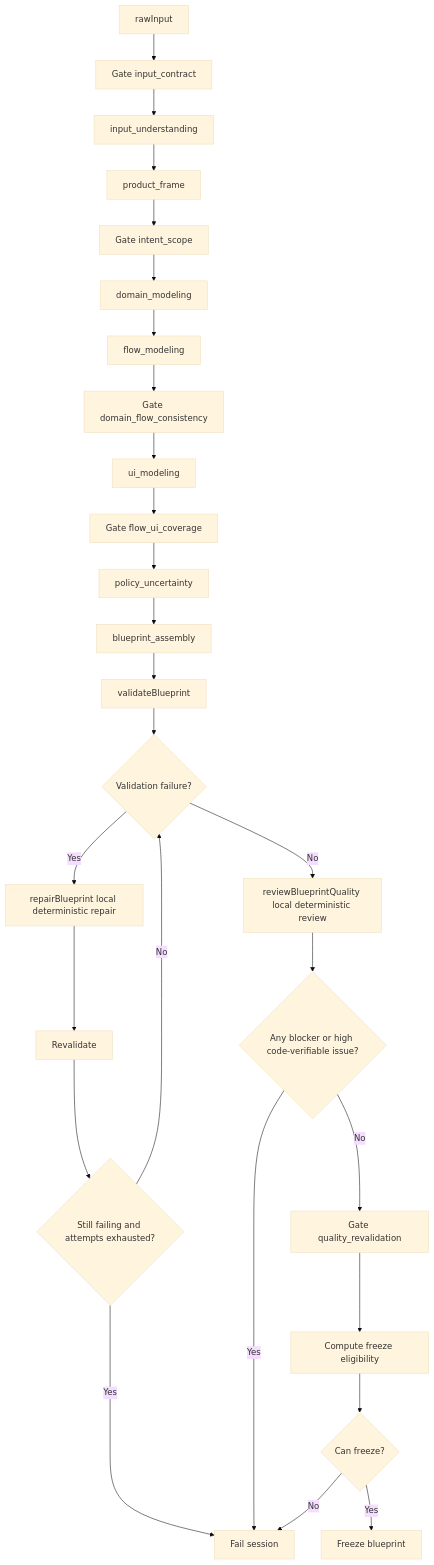
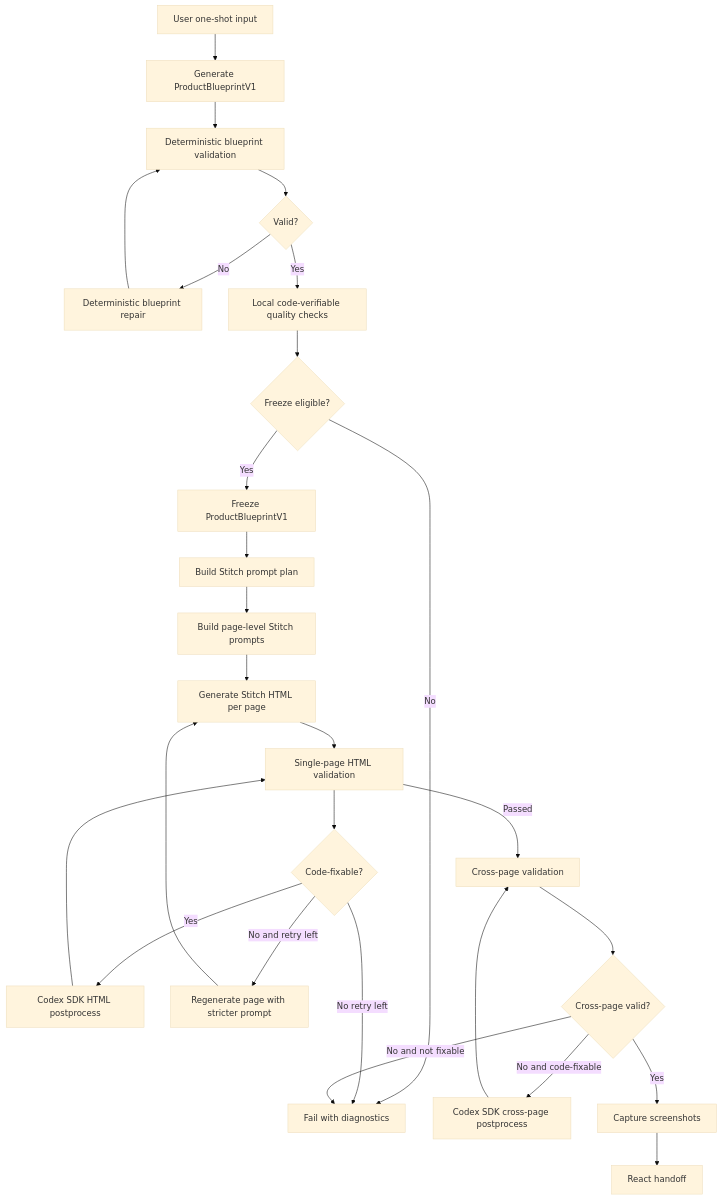
The first of 3 diagrams in docs/current-pipeline-mermaid.md (CharlieHasAHeart/stitch2react), drawn with Mermaid (base theme) before and after one commit. The commit also changed other lines of this file and 8 other files, not shown here.

````diff
--- a/docs/current-pipeline-mermaid.md
+++ b/docs/current-pipeline-mermaid.md
@@ -130,29 +17,30 @@
 ```mermaid
 flowchart TD
-  A["rawInput"] --> B["Gate input_contract"]
-  B --> C["input_understanding"]
-  C --> D["product_frame"]
-  D --> E["Gate intent_scope"]
-  E --> F["domain_modeling"]
-  F --> G["flow_modeling"]
-  G --> H["Gate domain_flow_consistency"]
-  H --> I["ui_modeling"]
-  I --> J["Gate flow_ui_coverage"]
-  J --> K["policy_uncertainty"]
-  K --> L["blueprint_assembly"]
-  L --> M["validateBlueprint"]
-  M --> N{"Validation failure?"}
-  N -->|Yes| O["repairBlueprint local deterministic repair"]
-  O --> P["Revalidate"]
-  P --> Q{"Still failing and attempts exhausted?"}
-  Q -->|Yes| X["Fail session"]
-  Q -->|No| N
-  N -->|No| R["reviewBlueprintQuality local deterministic review"]
-  R --> S{"Any blocker or high code-verifiable issue?"}
-  S -->|Yes| X
-  S -->|No| T["Gate quality_revalidation"]
-  T --> U["Compute freeze eligibility"]
-  U --> V{"Can freeze?"}
-  V -->|No| X
-  V -->|Yes| W["Freeze blueprint"]
+  A["User one-shot input"] --> B["Generate ProductBlueprintV1"]
+  B --> C["Deterministic blueprint validation"]
+  C --> D{"Valid?"}
+  D -->|No| E["Deterministic blueprint repair"]
+  E --> C
+  D -->|Yes| F["Local code-verifiable quality checks"]
+  F --> G{"Freeze eligible?"}
+  G -->|No| Z["Fail with diagnostics"]
+  G -->|Yes| H["Freeze ProductBlueprintV1"]
+
+  H --> I["Build Stitch prompt plan"]
+  I --> J["Build page-level Stitch prompts"]
+  J --> K["Generate Stitch HTML per page"]
+  K --> L["Single-page HTML validation"]
+  L --> M{"Code-fixable?"}
+  M -->|Yes| N["Codex SDK HTML postprocess"]
+  N --> L
+  M -->|No and retry left| O["Regenerate page with stricter prompt"]
+  O --> K
+  M -->|No retry left| Z
+  L -->|Passed| P["Cross-page validation"]
+  P --> Q{"Cross-page valid?"}
+  Q -->|No and code-fixable| R["Codex SDK cross-page postprocess"]
+  R --> P
+  Q -->|No and not fixable| Z
+  Q -->|Yes| S["Capture screenshots"]
+  S --> T["React handoff"]
 ```
````
